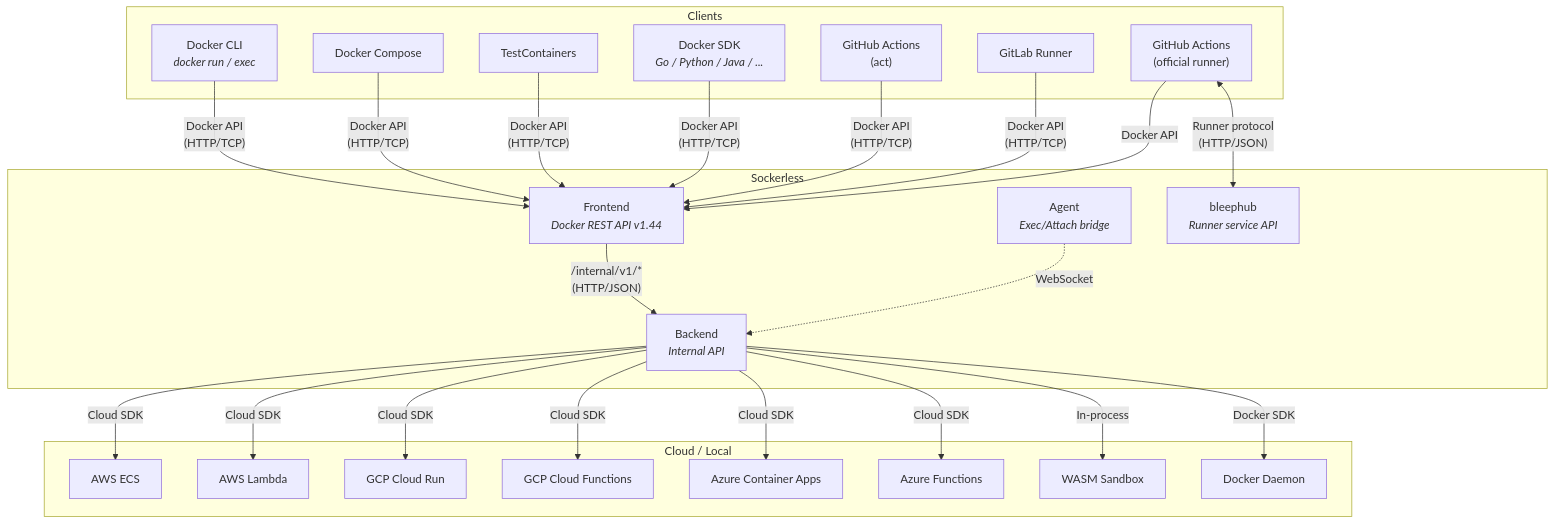
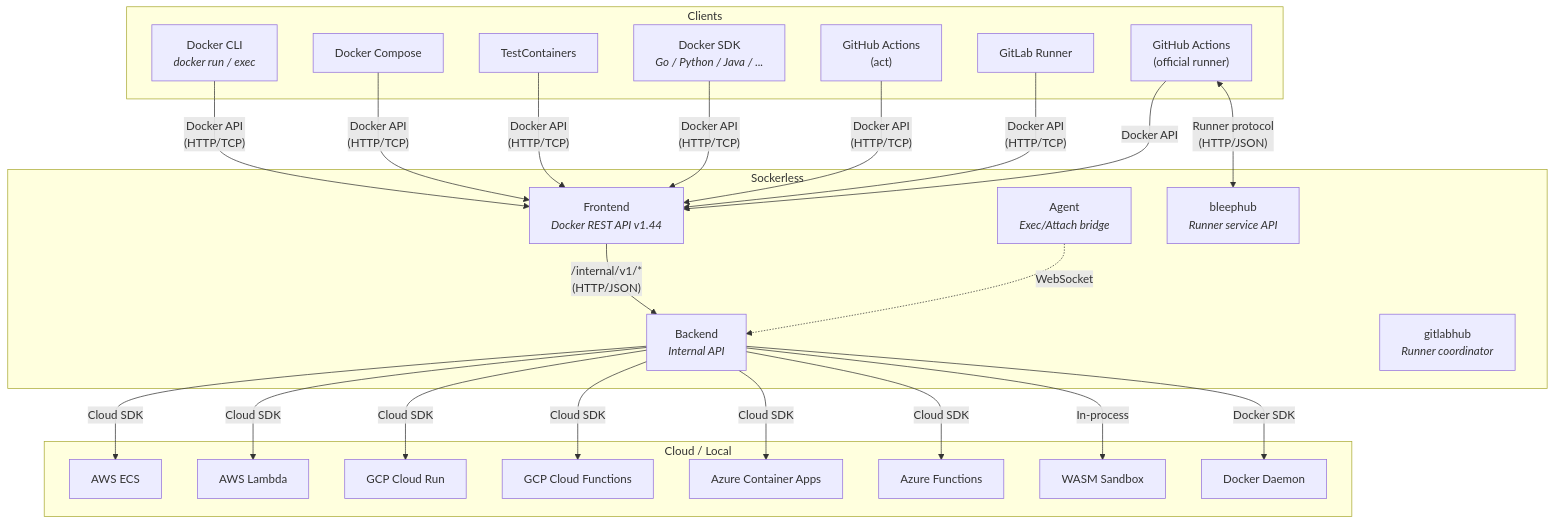
Before and after one commit to e6qu/sockerless: the first of 14 diagrams in ARCHITECTURE.md, drawn with Mermaid. The commit also changed other lines of this file and 10 other files, not shown here.

````diff
--- a/ARCHITECTURE.md
+++ b/ARCHITECTURE.md
@@ -9,39 +9,40 @@
 ```mermaid
 graph TB
     subgraph Clients
         CLI["Docker CLI<br/><i>docker run / exec</i>"]
         COMPOSE["Docker Compose"]
         TC["TestContainers"]
         SDK["Docker SDK<br/><i>Go / Python / Java / ...</i>"]
         ACT["GitHub Actions<br/>(act)"]
         GHR["GitHub Actions<br/>(official runner)"]
         GLR["GitLab Runner"]
     end
 
     subgraph Sockerless
         FE["Frontend<br/><i>Docker REST API v1.44</i>"]
         BE["Backend<br/><i>Internal API</i>"]
         AG["Agent<br/><i>Exec/Attach bridge</i>"]
         BPH["bleephub<br/><i>Runner service API</i>"]
+        GLH["gitlabhub<br/><i>Runner coordinator</i>"]
     end
 
     subgraph "Cloud / Local"
         ECS["AWS ECS"]
         LAM["AWS Lambda"]
         CR["GCP Cloud Run"]
         GCF["GCP Cloud Functions"]
         ACA["Azure Container Apps"]
         AZF["Azure Functions"]
         WASM["WASM Sandbox"]
         DOCK["Docker Daemon"]
     end
 
     CLI & COMPOSE & TC & SDK & ACT & GLR -->|"Docker API<br/>(HTTP/TCP)"| FE
     GHR -->|"Docker API"| FE
     GHR <-->|"Runner protocol<br/>(HTTP/JSON)"| BPH
     FE -->|"/internal/v1/*<br/>(HTTP/JSON)"| BE
     BE -->|"Cloud SDK"| ECS & LAM & CR & GCF & ACA & AZF
     BE -->|"In-process"| WASM
     BE -->|"Docker SDK"| DOCK
     AG -.->|"WebSocket"| BE
 ```
````
